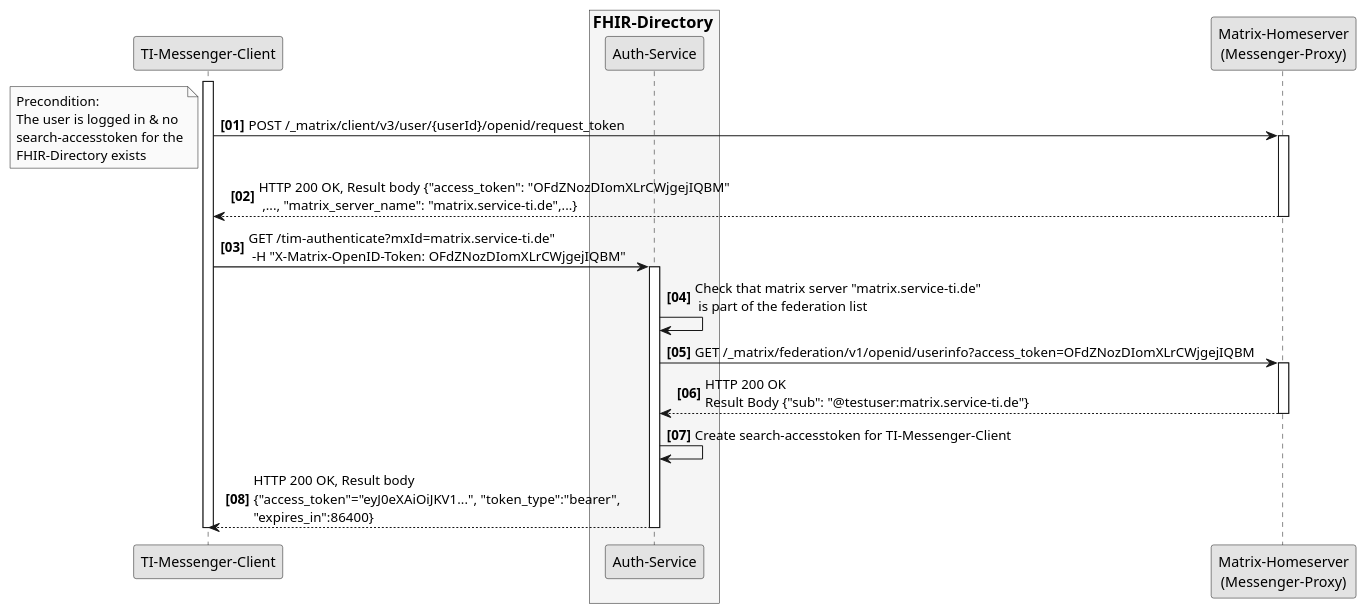
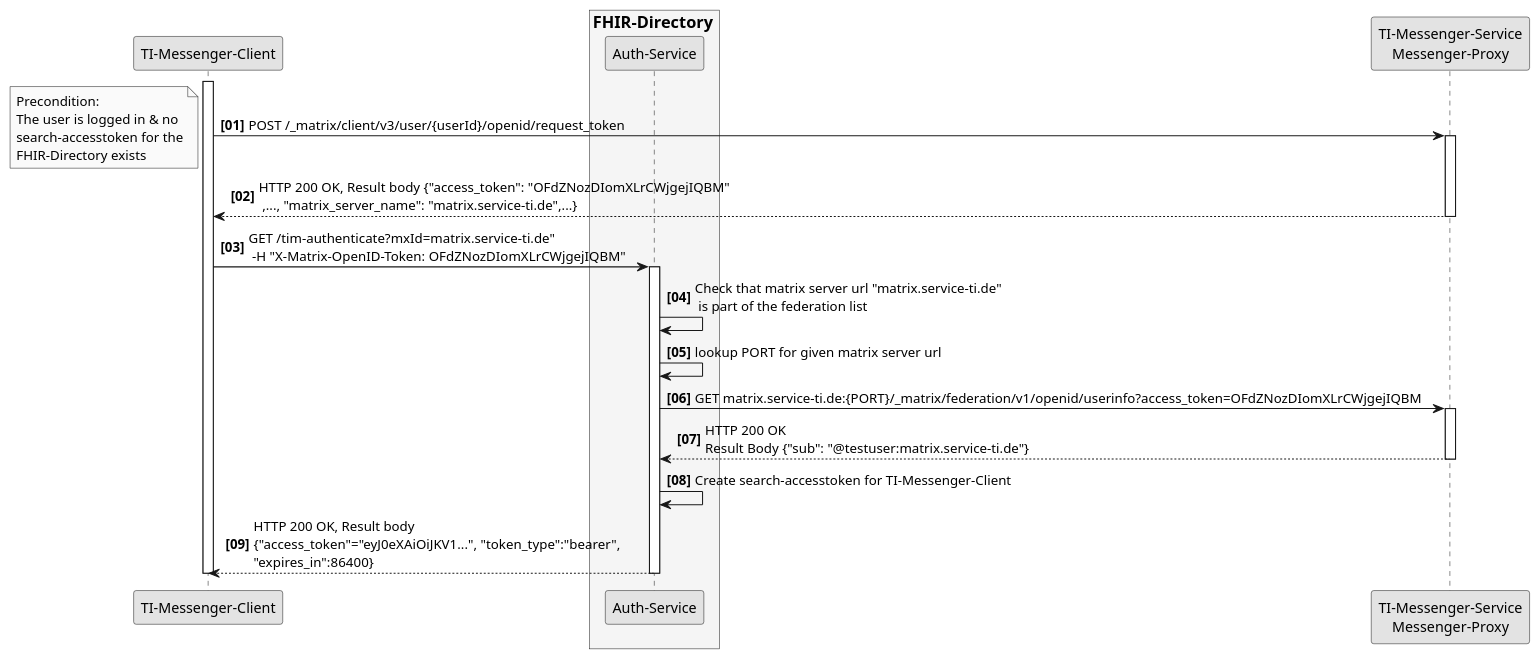
Before and after one commit to gematik/api-vzd: the diagram in src/plantuml/SequenceDiagram.FHIR-Directory.search_auth.puml, drawn with PlantUML. The commit also changed 1 other file, not shown here.

Commit message:
added PORT discovery

```diff
--- a/src/plantuml/SequenceDiagram.FHIR-Directory.search_auth.puml
+++ b/src/plantuml/SequenceDiagram.FHIR-Directory.search_auth.puml
@@ -1,33 +1,34 @@
 @startuml SequenceDiagram.FHIR-Directory.search.auth
 skinparam dpi 100
 skinparam WrapWidth 200
 skinparam monochrome true
 autonumber "<b>[00]"
 
 'title "FHIR-Directory, Sequenzdiagram search token exchange'
 participant cl as "TI-Messenger-Client"
 box <size:16>FHIR-Directory</size> #WhiteSmoke
   participant au as "Auth-Service"
 end box
-participant hs as "Matrix-Homeserver\n(Messenger-Proxy)"
+participant hs as "TI-Messenger-Service\nMessenger-Proxy"
 activate cl
 cl -> hs: POST /_matrix/client/v3/user/{userId}/openid/request_token
 note left
 Precondition: 
 The user is logged in & no search-accesstoken for the FHIR-Directory exists
 end note
 activate hs
 hs --> cl: HTTP 200 OK, Result body {"access_token": "OFdZNozDIomXLrCWjgejIQBM" \n ,..., "matrix_server_name": "matrix.service-ti.de",...}
 deactivate hs
 cl -> au: GET /tim-authenticate?mxId=matrix.service-ti.de" \n -H "X-Matrix-OpenID-Token: OFdZNozDIomXLrCWjgejIQBM"
 activate au
-au -> au: Check that matrix server "matrix.service-ti.de"\n is part of the federation list
-au -> hs: GET /_matrix/federation/v1/openid/userinfo?access_token=OFdZNozDIomXLrCWjgejIQBM
+au -> au: Check that matrix server url "matrix.service-ti.de"\n is part of the federation list
+au -> au: lookup PORT for given matrix server url
+au -> hs: GET matrix.service-ti.de:{PORT}/_matrix/federation/v1/openid/userinfo?access_token=OFdZNozDIomXLrCWjgejIQBM
 activate hs
 hs --> au: HTTP 200 OK\nResult Body {"sub": "@testuser:matrix.service-ti.de"}
 deactivate hs
 au -> au: Create search-accesstoken for TI-Messenger-Client
 au --> cl: HTTP 200 OK, Result body\n{"access_token"="eyJ0eXAiOiJKV1...", "token_type":"bearer",\n"expires_in":86400}
 deactivate au
 deactivate cl
 @enduml
```
